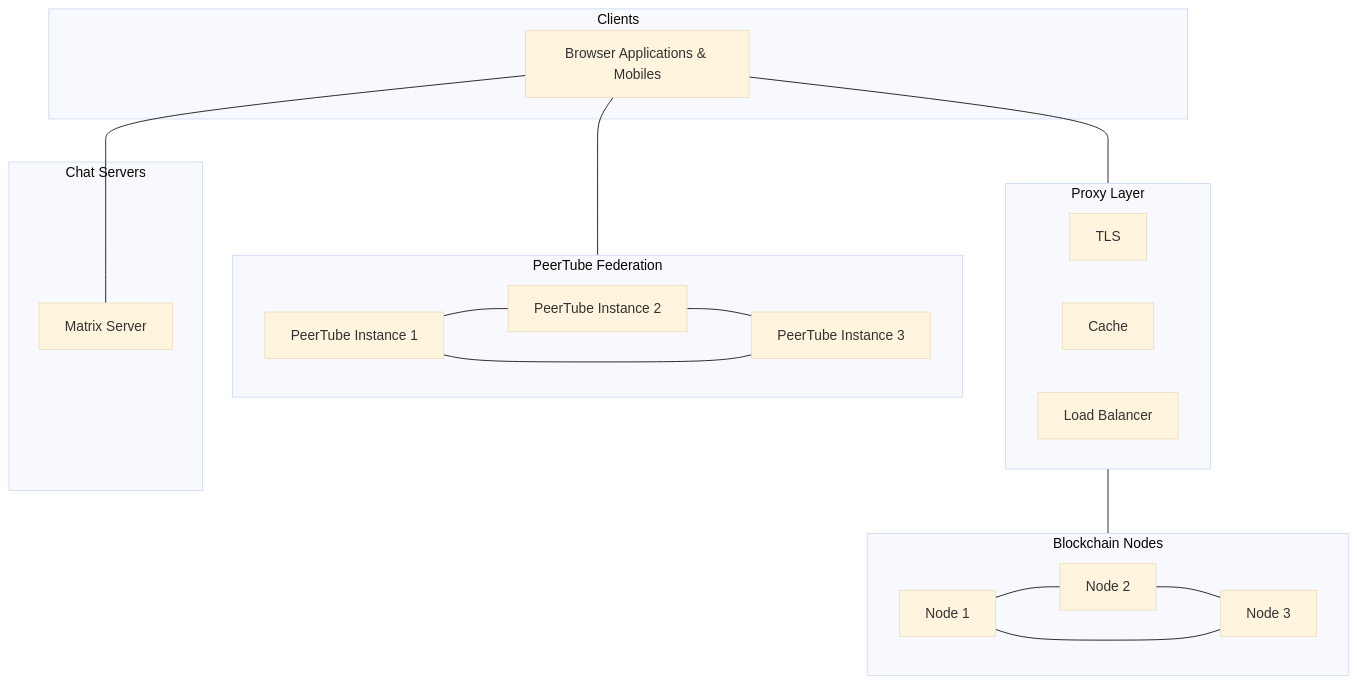
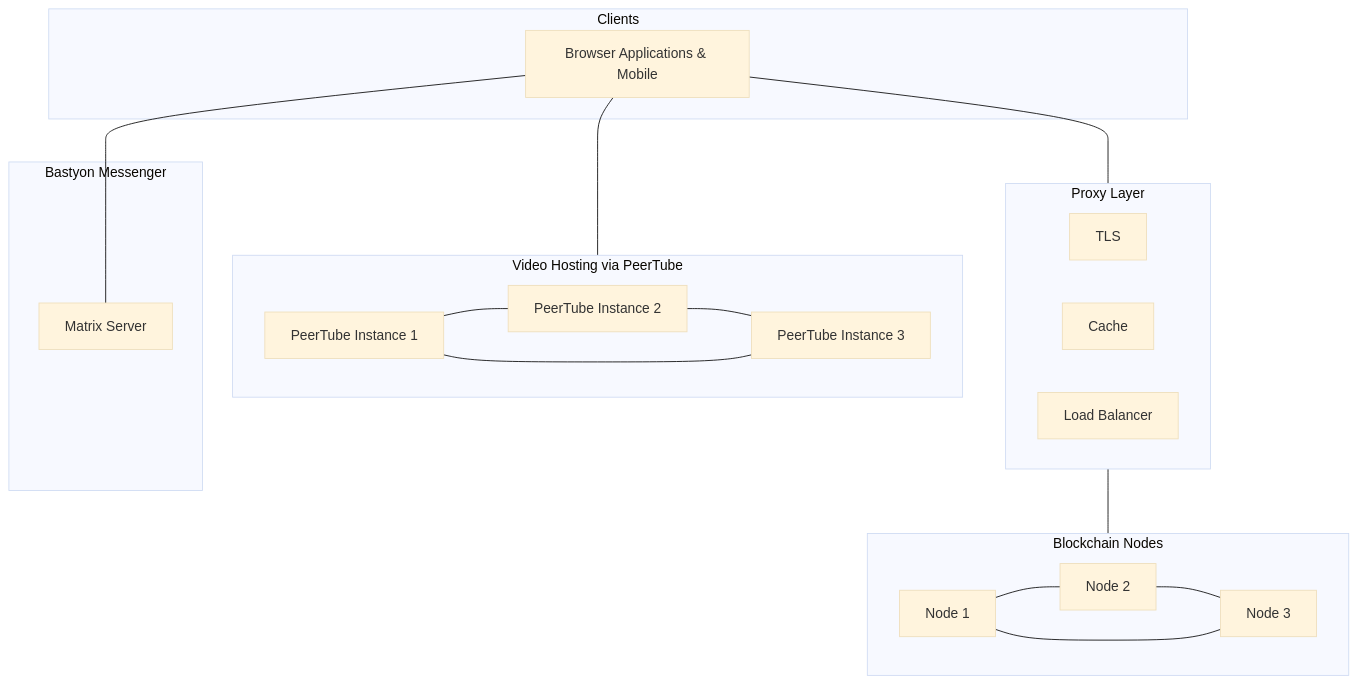
Before and after one commit to pocketnetteam/get.started: the diagram in readme.md, drawn with Mermaid (base theme). The commit also changed 1 other file, not shown here.

Commit message:
documentation: adding contribution guidelines; fixing terminology in the architectural diagram

````diff
--- a/readme.md
+++ b/readme.md
@@ -35,49 +35,49 @@
 ```mermaid
     graph TB
     subgraph Clients
-        BA["Browser Applications & Mobiles"]
+        BA["Browser Applications & Mobile"]
     end
 
     subgraph Proxy["Proxy Layer"]
         TLS["TLS"]
         Cache["Cache"]
         Balance["Load Balancer"]
     end
 
     subgraph NodeCluster["Blockchain Nodes"]
         N1["Node 1"]
         N2["Node 2"]
         N3["Node 3"]
     end
 
-    subgraph PeerTube["PeerTube Federation"]
+    subgraph PeerTube["Video Hosting via PeerTube"]
         direction LR
         PT1["PeerTube Instance 1"]
         PT2["PeerTube Instance 2"]
         PT3["PeerTube Instance 3"]
     end
 
-    subgraph Chat["Chat Servers"]
+    subgraph Chat["Bastyon Messenger"]
         M["Matrix Server"]
     end
 
     %% Core infrastructure connections
     BA --- Proxy
     
     %% Single connection between Proxy and Nodes
     Proxy --- NodeCluster
     
     %% Blockchain node connections
     N1 --- N2
     N2 --- N3
     N3 --- N1
     
     %% PeerTube federation connections
     PT1 --- PT2
     PT2 --- PT3
     PT3 --- PT1
     
     %% Client connections to services
     BA --- PT1
     BA --- M
 ```
````
